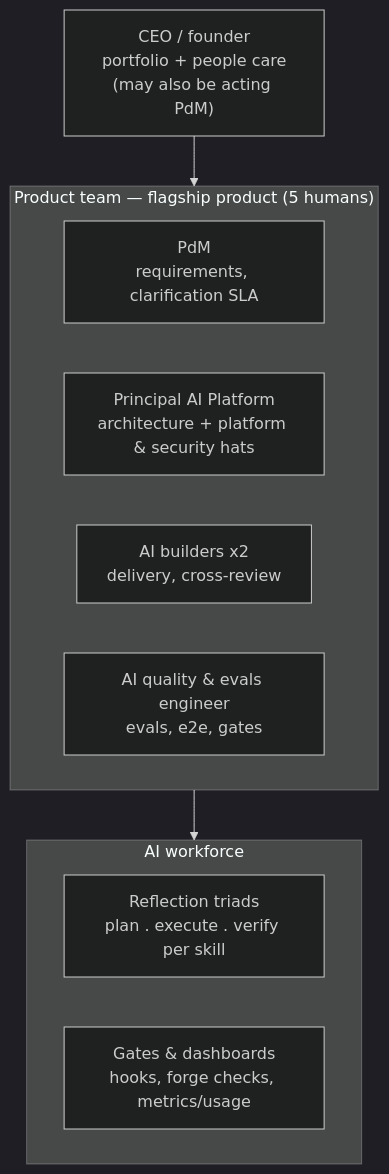
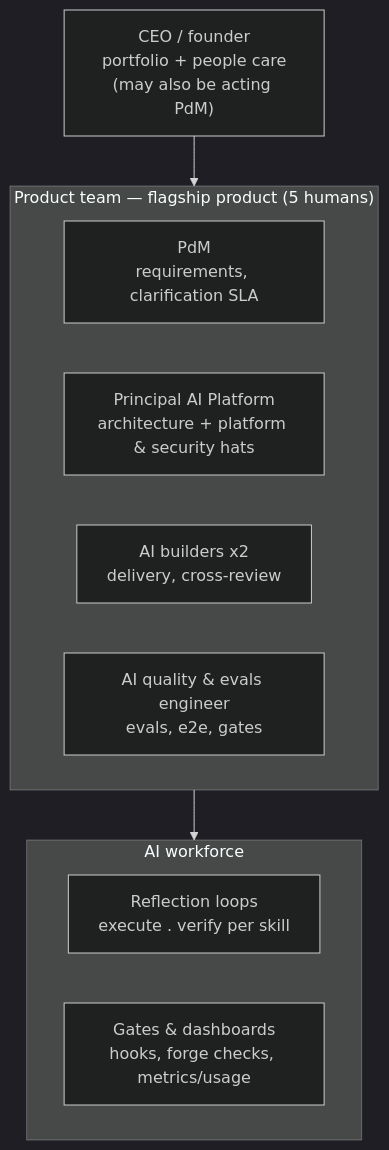
Before and after one commit to globalmindsolution/gms-marketplace: the first of 2 diagrams in docs/product/operating-model.md, drawn with Mermaid (dark theme). The commit also changed other lines of this file and 628 other files, not shown here.

````diff
--- a/docs/product/operating-model.md
+++ b/docs/product/operating-model.md
@@ -50,16 +50,16 @@
 ```mermaid
 flowchart TB
     CEO["CEO / founder<br/>portfolio + people care<br/>(may also be acting PdM)"]
     subgraph PT["Product team — flagship product (5 humans)"]
         PDM["PdM<br/>requirements, clarification SLA"]
         PRC["Principal AI Platform<br/>architecture + platform & security hats"]
         B["AI builders x2<br/>delivery, cross-review"]
         QE["AI quality & evals engineer<br/>evals, e2e, gates"]
     end
     subgraph AIW["AI workforce"]
-        TRI["Reflection triads<br/>plan . execute . verify per skill"]
+        TRI["Reflection loops<br/>execute . verify per skill"]
         GAT["Gates & dashboards<br/>hooks, forge checks, metrics/usage"]
     end
     CEO --> PT
     PT --> AIW
 ```
````
